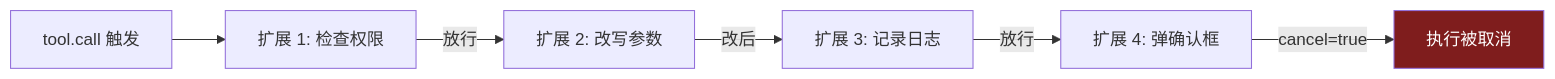
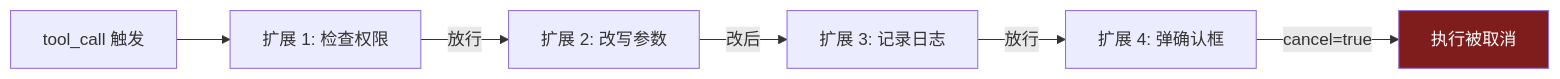
Before and after one commit to DaviRain-Su/pi-mono-zig: the sixth of 7 diagrams in zig/docs/book/guide/extensions.md, drawn with Mermaid. The commit also changed other lines of this file and 14 other files, not shown here.

Commit message:
docs: refresh phase 1 extension roadmap

````diff
--- a/zig/docs/book/guide/extensions.md
+++ b/zig/docs/book/guide/extensions.md
@@ -261,10 +263,10 @@
 ```mermaid
 flowchart LR
-    Call[tool.call 触发] --> E1[扩展 1: 检查权限]
+    Call[tool_call 触发] --> E1[扩展 1: 检查权限]
     E1 -->|放行| E2[扩展 2: 改写参数]
     E2 -->|改后| E3[扩展 3: 记录日志]
     E3 -->|放行| E4[扩展 4: 弹确认框]
     E4 -->|cancel=true| Stop[执行被取消]
 
     style Stop fill:#7f1d1d,color:#fff
 ```
````
